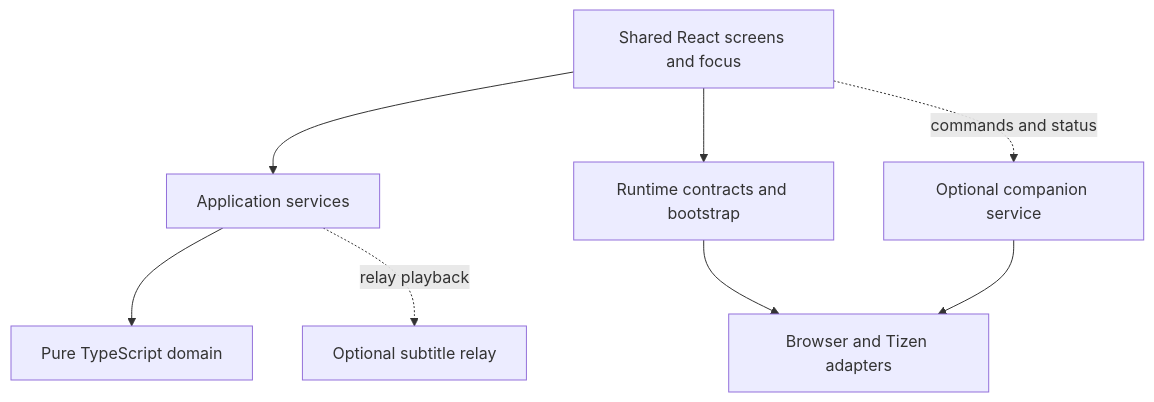
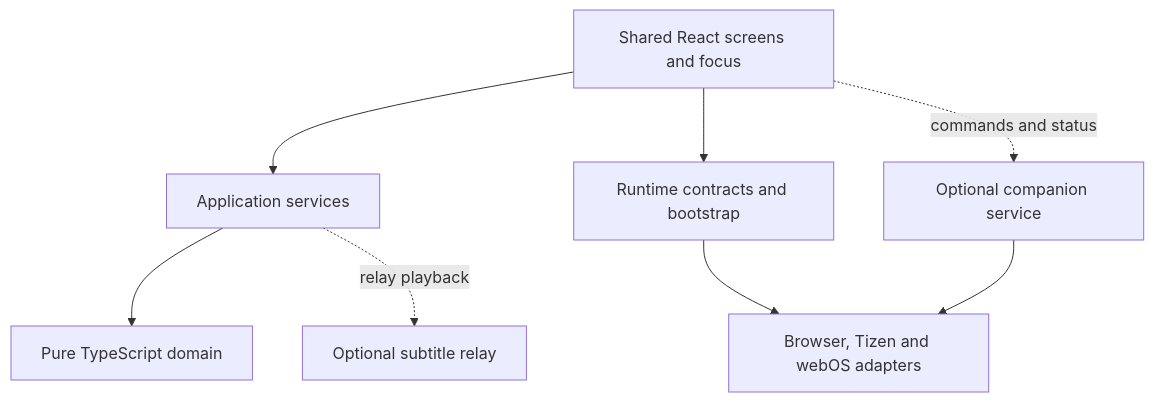
One commit to glebb/substream changed the diagram in docs/cross-platform-architecture.md. Above: the diagram before and after it, drawn with Mermaid. The commit also changed other lines of this file and 32 other files, not shown here.

````diff
--- a/docs/cross-platform-architecture.md
+++ b/docs/cross-platform-architecture.md
@@ -7,17 +7,17 @@
 ```mermaid
 flowchart TB
   UI[Shared React screens and focus]
   APP[Application services]
   CORE[Pure TypeScript domain]
   RUNTIME[Runtime contracts and bootstrap]
-  ADAPTERS[Browser and Tizen adapters]
+  ADAPTERS[Browser, Tizen and webOS adapters]
   COMPANION[Optional companion service]
   RELAY[Optional subtitle relay]
   UI --> APP
   UI --> RUNTIME
   APP --> CORE
   RUNTIME --> ADAPTERS
   UI -. commands and status .-> COMPANION
   COMPANION --> ADAPTERS
   APP -. relay playback .-> RELAY
 ```
````
